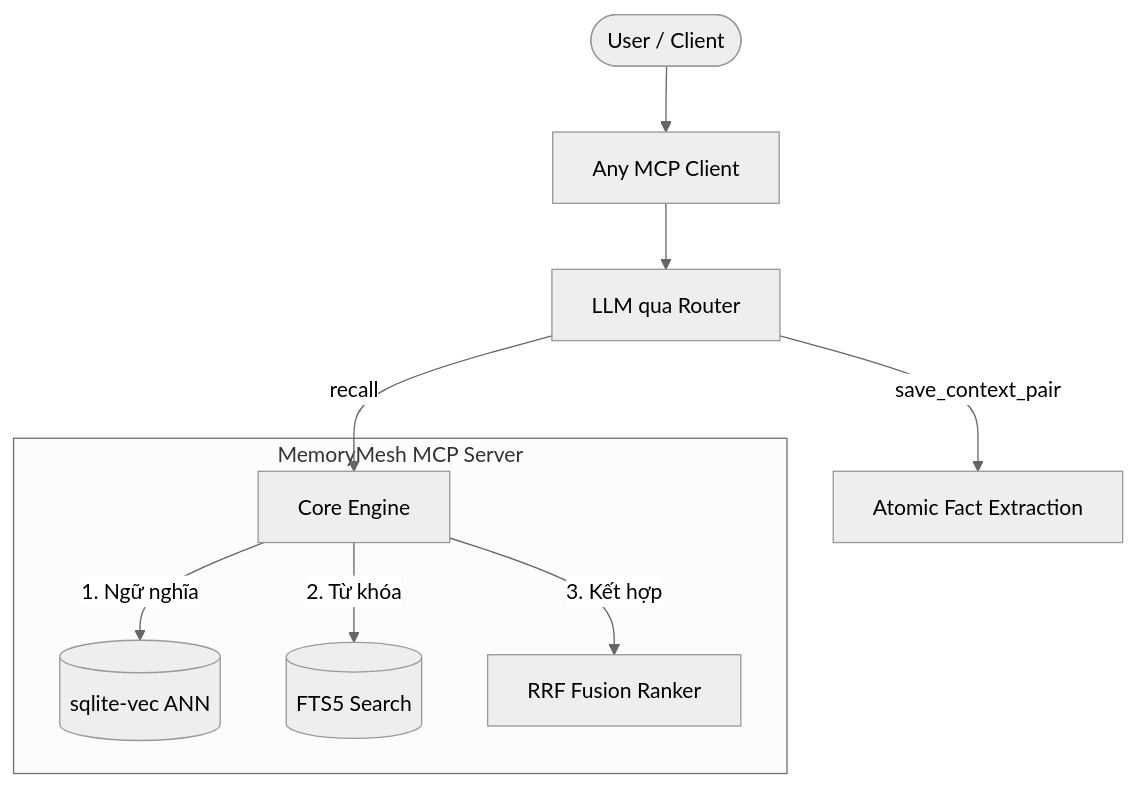
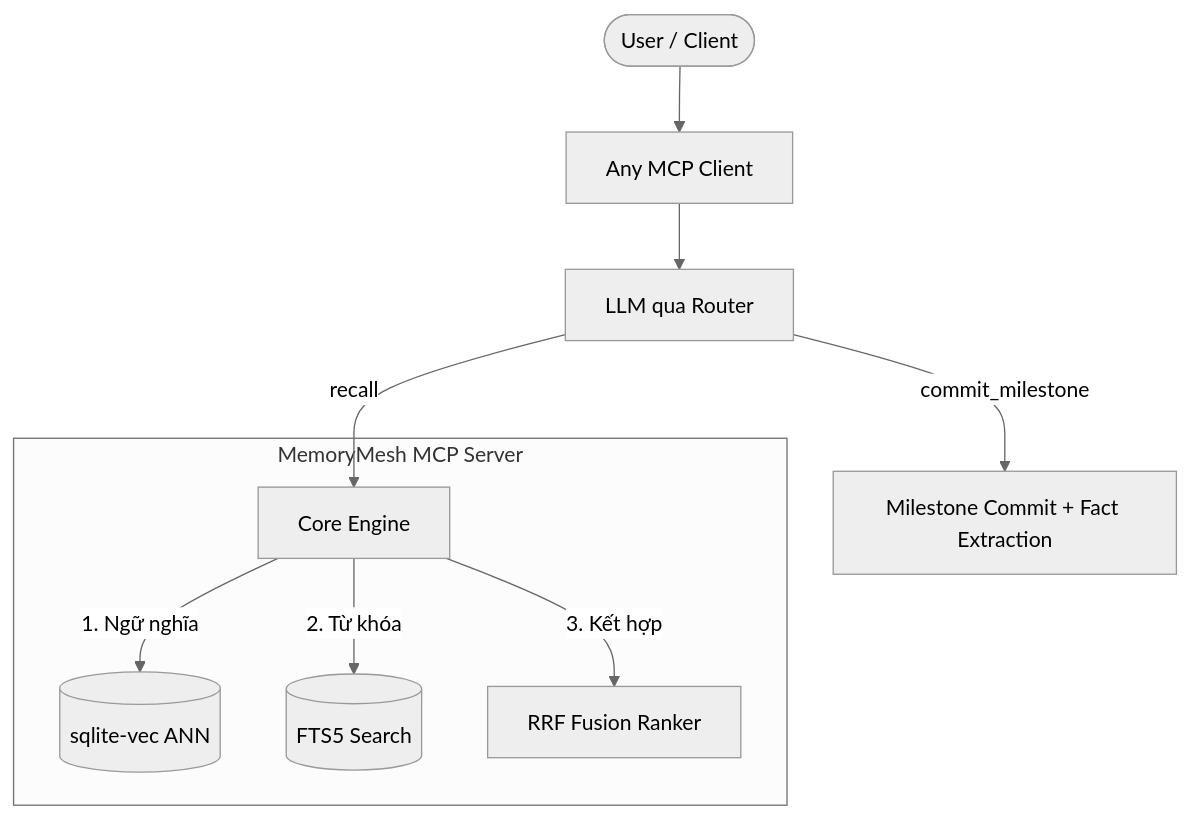
One commit to staavanothanh/MemoryMesh changed the diagram in README.vi.md. Above: the diagram before and after it, drawn with Mermaid (neutral theme). The commit also changed other lines of this file and 11 other files, not shown here.

````diff
--- a/README.vi.md
+++ b/README.vi.md
@@ -50,14 +50,14 @@
 ```mermaid
 graph TD
     User([User / Client]) --> Client[Any MCP Client]
     Client --> LLM[LLM qua Router]
     
     subgraph MemoryMesh [MemoryMesh MCP Server]
         MM[Core Engine] -->|1. Ngữ nghĩa| SV[(sqlite-vec ANN)]
         MM -->|2. Từ khóa| FTS[(FTS5 Search)]
         MM -->|3. Kết hợp| RRF[RRF Fusion Ranker]
     end
 
     LLM -->|recall| MM
-    LLM -->|save_context_pair| FE[Atomic Fact Extraction]
+    LLM -->|commit_milestone| FE[Milestone Commit + Fact Extraction]
 ```
````
